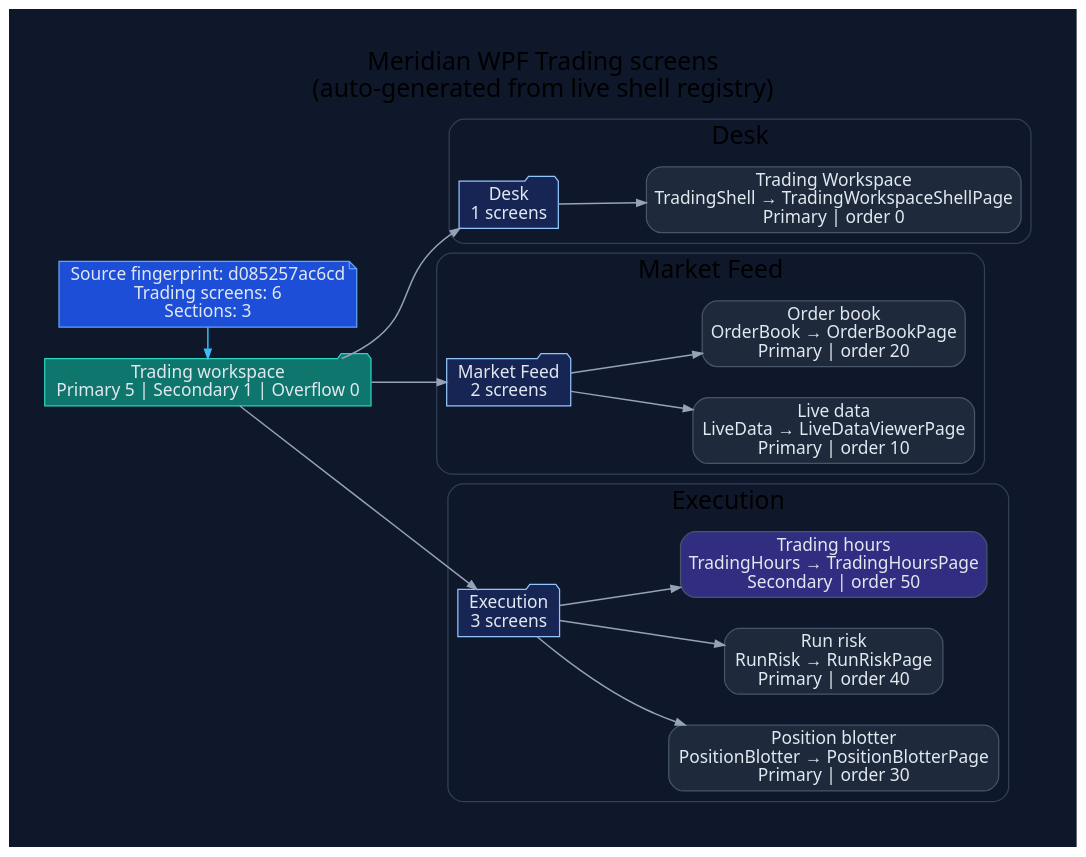
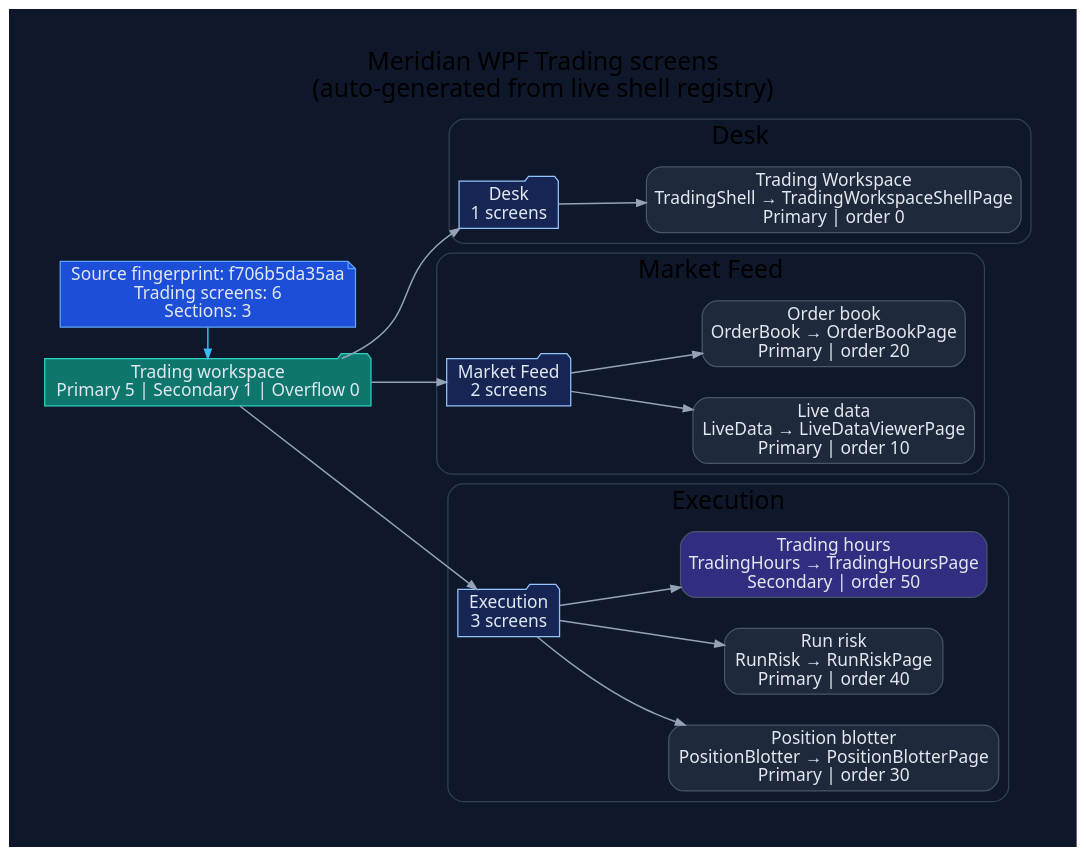
One commit to rodoHasArrived/Meridian-main changed the diagram in docs/diagrams/ui-wpf-screens-trading.dot. Above: the diagram before and after it, drawn with Graphviz. The commit also changed 430 other files, not shown here.

```diff
--- a/docs/diagrams/ui-wpf-screens-trading.dot
+++ b/docs/diagrams/ui-wpf-screens-trading.dot
@@ -1,62 +1,62 @@
 // -----------------------------------------------------------------------------
 // <auto-generated>
 // Generated by scripts/generate-diagrams.mjs.
 // Do not edit this file directly; update the WPF source files instead.
 // -----------------------------------------------------------------------------
 digraph WpfTradingScreens {
   graph [
     rankdir=LR,
     labelloc=t,
     label="Meridian WPF Trading screens\n(auto-generated from live shell registry)",
     fontname="Segoe UI",
     fontsize=20,
     pad=0.4,
     nodesep=0.35,
     ranksep=0.85,
     bgcolor="#0f172a"
   ];
   node [fontname="Segoe UI", shape=box, style="rounded,filled", color="#475569", fontcolor="#e2e8f0", fillcolor="#1e293b"];
   edge [fontname="Segoe UI", color="#94a3b8", penwidth=1.2, arrowsize=0.75];
 
-  generated [shape=note, fillcolor="#1d4ed8", color="#60a5fa", label="Source fingerprint: d085257ac6cd\nTrading screens: 6\nSections: 3"];
+  generated [shape=note, fillcolor="#1d4ed8", color="#60a5fa", label="Source fingerprint: f706b5da35aa\nTrading screens: 6\nSections: 3"];
   workspace [shape=folder, fillcolor="#0f766e", color="#2dd4bf", label="Trading workspace\nPrimary 5 | Secondary 1 | Overflow 0"];
   generated -> workspace [color="#38bdf8"];
 
   subgraph cluster_section_1 {
     label="Desk";
     color="#334155";
     style="rounded";
     section_1 [shape=folder, fillcolor="#172554", color="#93c5fd", label="Desk\n1 screens"];
     workspace -> section_1;
     screen_TradingShell [fillcolor="#1e293b", label="Trading Workspace\nTradingShell → TradingWorkspaceShellPage\nPrimary | order 0"];
     section_1 -> screen_TradingShell;
   }
 
   subgraph cluster_section_2 {
     label="Market Feed";
     color="#334155";
     style="rounded";
     section_2 [shape=folder, fillcolor="#172554", color="#93c5fd", label="Market Feed\n2 screens"];
     workspace -> section_2;
     screen_LiveData [fillcolor="#1e293b", label="Live data\nLiveData → LiveDataViewerPage\nPrimary | order 10"];
     section_2 -> screen_LiveData;
     screen_OrderBook [fillcolor="#1e293b", label="Order book\nOrderBook → OrderBookPage\nPrimary | order 20"];
     section_2 -> screen_OrderBook;
   }
 
   subgraph cluster_section_3 {
     label="Execution";
     color="#334155";
     style="rounded";
     section_3 [shape=folder, fillcolor="#172554", color="#93c5fd", label="Execution\n3 screens"];
     workspace -> section_3;
     screen_PositionBlotter [fillcolor="#1e293b", label="Position blotter\nPositionBlotter → PositionBlotterPage\nPrimary | order 30"];
     section_3 -> screen_PositionBlotter;
     screen_RunRisk [fillcolor="#1e293b", label="Run risk\nRunRisk → RunRiskPage\nPrimary | order 40"];
     section_3 -> screen_RunRisk;
     screen_TradingHours [fillcolor="#312e81", label="Trading hours\nTradingHours → TradingHoursPage\nSecondary | order 50"];
     section_3 -> screen_TradingHours;
   }
 
   { rank=min; generated; workspace; }
 }
```
